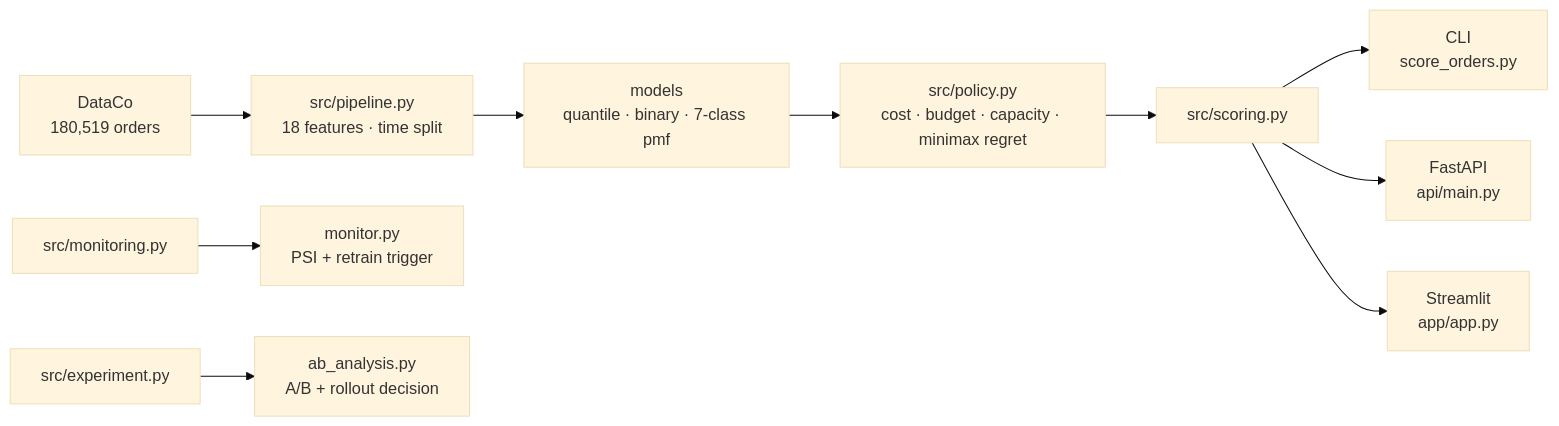
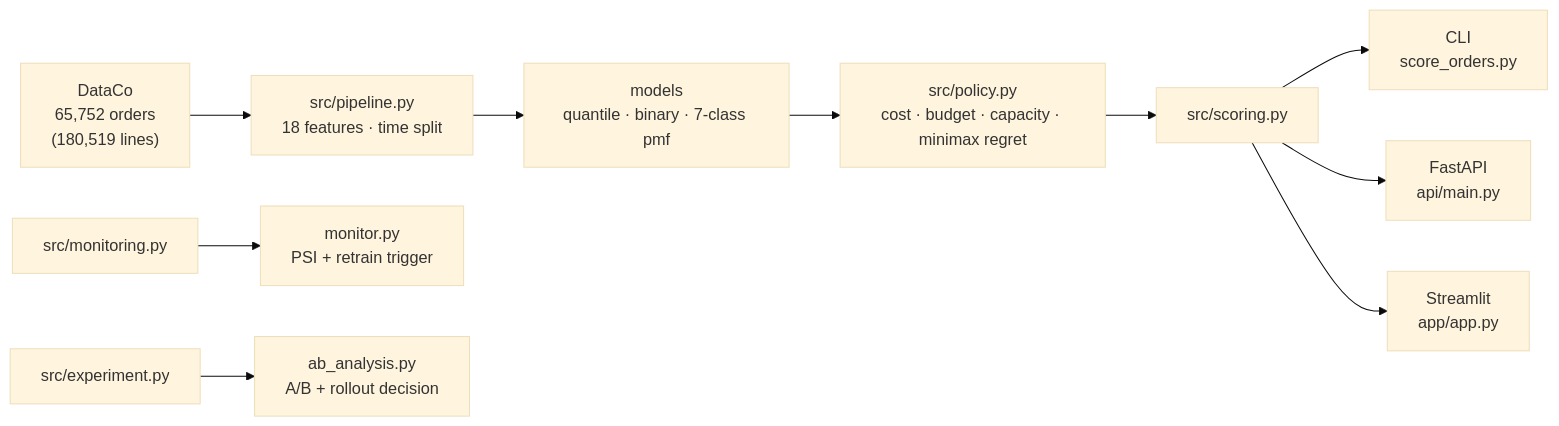
One commit to lingtao-meng/supply-chain-ml-pipeline changed the diagram in README.md. Above: the diagram before and after it, drawn with Mermaid (base theme). The commit also changed other lines of this file and 23 other files, not shown here.

````diff
--- a/README.md
+++ b/README.md
@@ -22,12 +22,12 @@
 ```mermaid
 flowchart LR
-    A["DataCo<br/>180,519 orders"] --> B["src/pipeline.py<br/>18 features · time split"]
+    A["DataCo<br/>65,752 orders<br/>(180,519 lines)"] --> B["src/pipeline.py<br/>18 features · time split"]
     B --> C["models<br/>quantile · binary · 7-class pmf"]
     C --> D["src/policy.py<br/>cost · budget · capacity · minimax regret"]
     D --> E["src/scoring.py"]
     E --> F["CLI<br/>score_orders.py"]
     E --> G["FastAPI<br/>api/main.py"]
     E --> H["Streamlit<br/>app/app.py"]
     I["src/monitoring.py"] --> J["monitor.py<br/>PSI + retrain trigger"]
     K["src/experiment.py"] --> L["ab_analysis.py<br/>A/B + rollout decision"]
 ```
````
